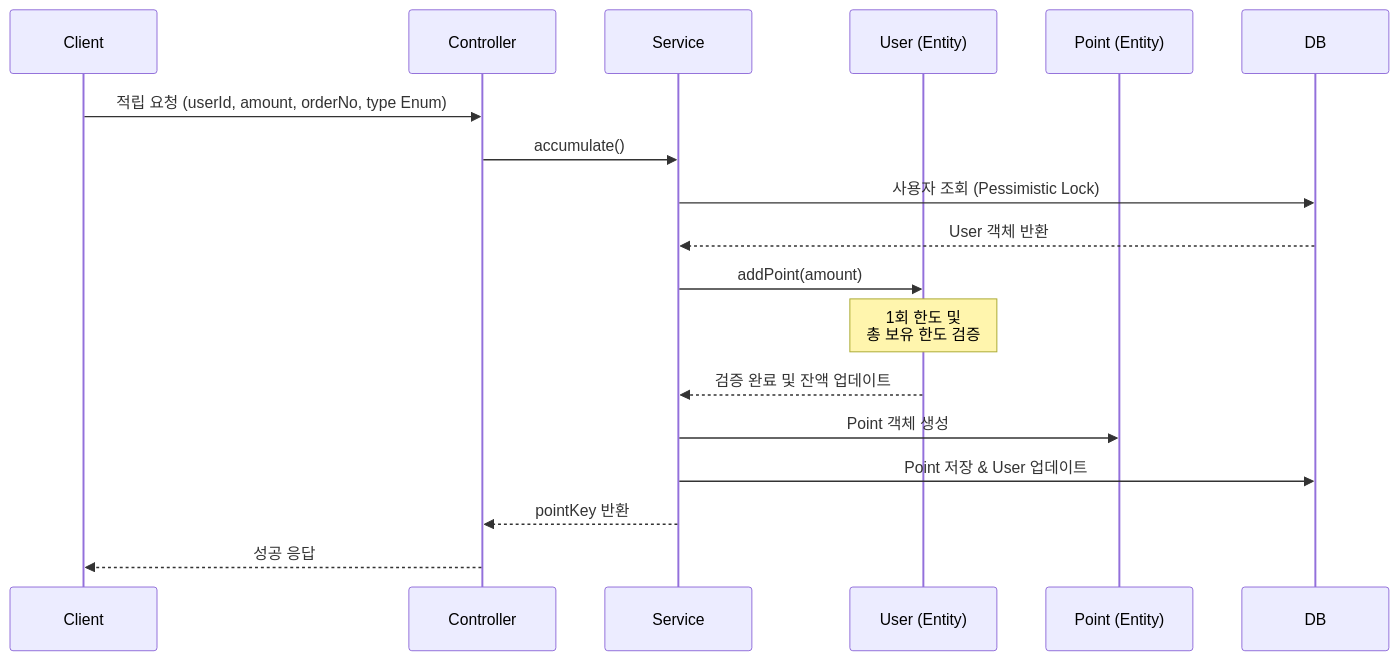
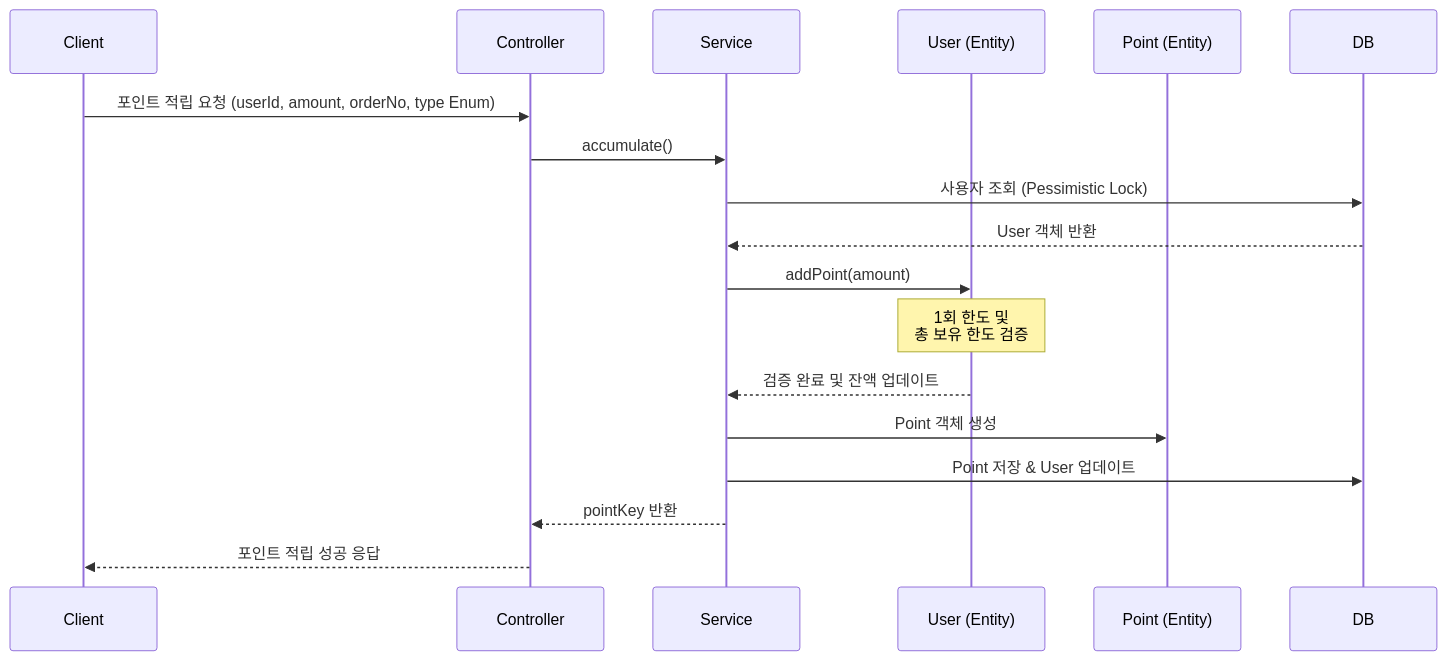
The first of 4 diagrams in README.md (muzzaiwork/point), drawn with Mermaid before and after one commit. The commit also changed other lines of this file and 9 other files, not shown here.

````diff
--- a/README.md
+++ b/README.md
@@ -186,21 +148,21 @@
 ```mermaid
 sequenceDiagram
     participant Client
     participant Controller
     participant Service
     participant UserEntity as User (Entity)
     participant PointEntity as Point (Entity)
     participant DB
 
-    Client->>Controller: 적립 요청 (userId, amount, orderNo, type Enum)
+    Client->>Controller: 포인트 적립 요청 (userId, amount, orderNo, type Enum)
     Controller->>Service: accumulate()
     Service->>DB: 사용자 조회 (Pessimistic Lock)
     DB-->>Service: User 객체 반환
     Service->>UserEntity: addPoint(amount)
     Note over UserEntity: 1회 한도 및<br/>총 보유 한도 검증
     UserEntity-->>Service: 검증 완료 및 잔액 업데이트
     Service->>PointEntity: Point 객체 생성
     Service->>DB: Point 저장 & User 업데이트
     Service-->>Controller: pointKey 반환
-    Controller-->>Client: 성공 응답
+    Controller-->>Client: 포인트 적립 성공 응답
 ```
````
